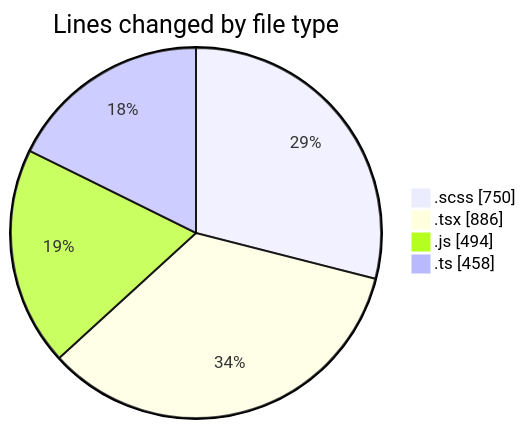
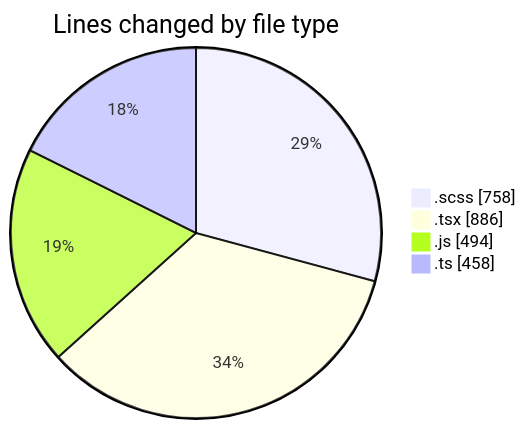
Before and after one commit to momahboobian/code-tracking: the first of 2 diagrams in 2025-03-14/cda/README.md, drawn with Mermaid. The commit also changed other lines of this file and 1 other file, not shown here.

````diff
--- a/2025-03-14/cda/README.md
+++ b/2025-03-14/cda/README.md
@@ -34,8 +34,8 @@
 ```mermaid
 pie showData
 title Lines changed by file type
-".scss" : 750
+".scss" : 758
 ".tsx" : 886
 ".js" : 494
 ".ts" : 458
 ```
````
